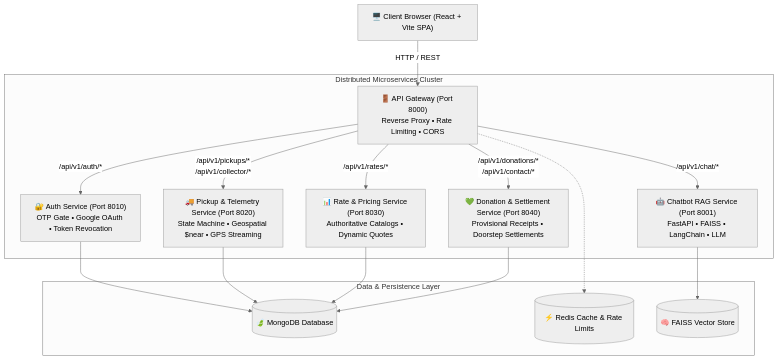
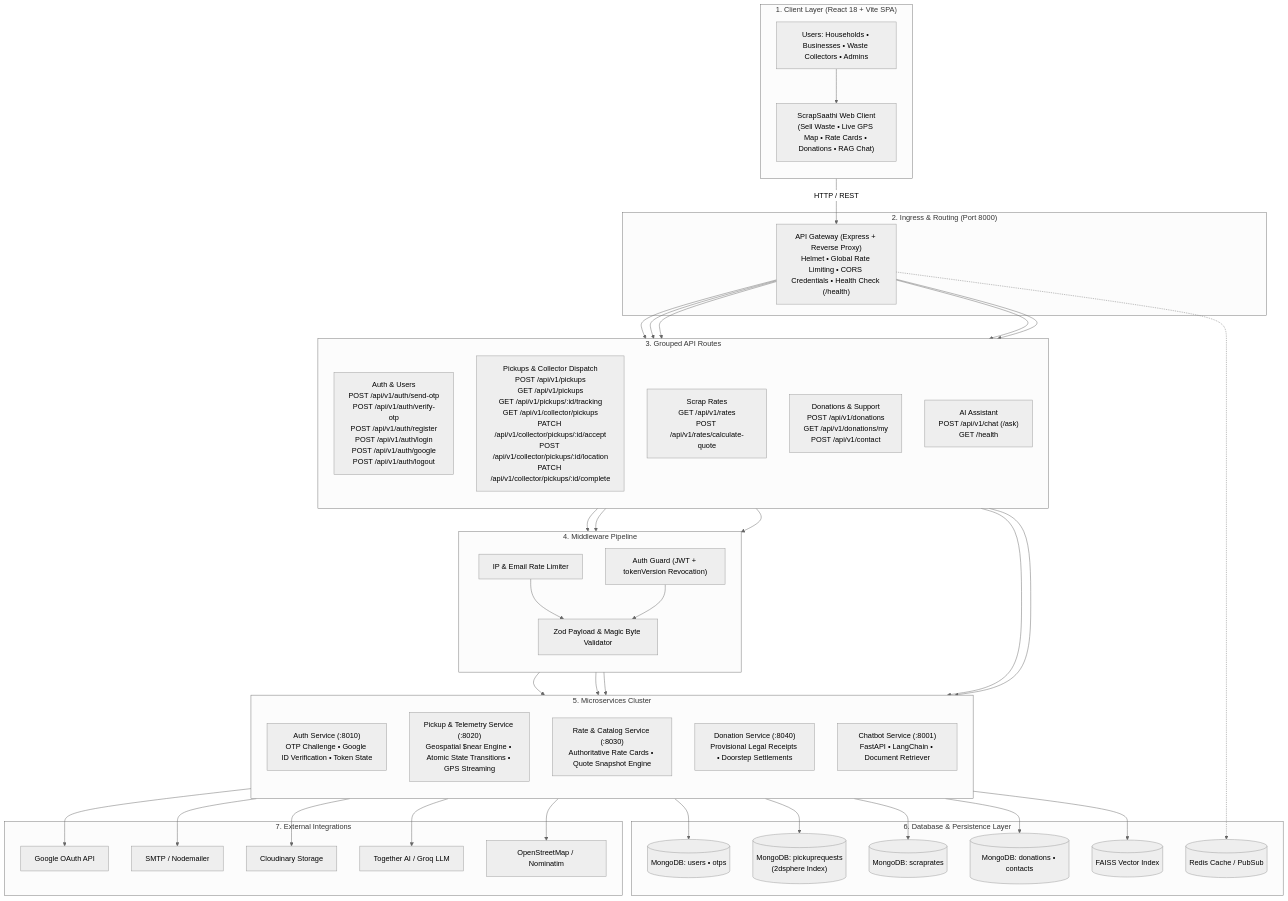
The first of 2 diagrams in README.md (Praj-0417/ScrapSathi), drawn with Mermaid (neutral theme) before and after one commit. The commit also changed other lines of this file, not shown here.

Commit message:
docs: create compact, professional README with comprehensive Mermaid HLD and ER diagrams

````diff
--- a/README.md
+++ b/README.md
@@ -18,21 +41,91 @@
 ```mermaid
-graph TD
-    UserClient["🖥️ Client Browser (React + Vite SPA)"] -->|HTTP / REST| Gateway["🚪 API Gateway (Port 8000)<br/>Reverse Proxy • Rate Limiting • CORS"]
-
-    subgraph "Distributed Microservices Cluster"
-        Gateway -->|/api/v1/auth/*| AuthService["🔐 Auth Service (Port 8010)<br/>OTP Gate • Google OAuth • Token Revocation"]
-        Gateway -->|/api/v1/pickups/*<br/>/api/v1/collector/*| PickupService["🚚 Pickup & Telemetry Service (Port 8020)<br/>State Machine • Geospatial $near • GPS Streaming"]
-        Gateway -->|/api/v1/rates/*| RateService["📊 Rate & Pricing Service (Port 8030)<br/>Authoritative Catalogs • Dynamic Quotes"]
-        Gateway -->|/api/v1/donations/*<br/>/api/v1/contact/*| DonationService["💚 Donation & Settlement Service (Port 8040)<br/>Provisional Receipts • Doorstep Settlements"]
-        Gateway -->|/api/v1/chat/*| ChatbotService["🤖 Chatbot RAG Service (Port 8001)<br/>FastAPI • FAISS • LangChain • LLM"]
+flowchart TB
+    %% Client Layer
+    subgraph CLIENT["1. Client Layer (React 18 + Vite SPA)"]
+        direction TB
+        USER_ROLE["Users: Households • Businesses • Waste Collectors • Admins"]
+        UI_MODULES["ScrapSaathi Web Client<br/>(Sell Waste • Live GPS Map • Rate Cards • Donations • RAG Chat)"]
+        USER_ROLE --> UI_MODULES
     end
 
-    subgraph "Data & Persistence Layer"
-        AuthService --> MongoDB[("🍃 MongoDB Database")]
-        PickupService --> MongoDB
-        RateService --> MongoDB
-        DonationService --> MongoDB
-        Gateway -.-> Redis[("⚡ Redis Cache & Rate Limits")]
-        ChatbotService --> FAISS[("🧠 FAISS Vector Store")]
+    %% Ingress Gateway
+    subgraph INGRESS["2. Ingress & Routing (Port 8000)"]
+        GATEWAY["API Gateway (Express + Reverse Proxy)<br/>Helmet • Global Rate Limiting • CORS Credentials • Health Check (/health)"]
     end
+
+    %% API Endpoints Grouped
+    subgraph APIS["3. Grouped API Routes"]
+        direction TB
+        API_AUTH["Auth & Users<br/>POST /api/v1/auth/send-otp<br/>POST /api/v1/auth/verify-otp<br/>POST /api/v1/auth/register<br/>POST /api/v1/auth/login<br/>POST /api/v1/auth/google<br/>POST /api/v1/auth/logout"]
+        API_PICKUP["Pickups & Collector Dispatch<br/>POST /api/v1/pickups<br/>GET /api/v1/pickups<br/>GET /api/v1/pickups/:id/tracking<br/>GET /api/v1/collector/pickups<br/>PATCH /api/v1/collector/pickups/:id/accept<br/>POST /api/v1/collector/pickups/:id/location<br/>PATCH /api/v1/collector/pickups/:id/complete"]
+        API_RATES["Scrap Rates<br/>GET /api/v1/rates<br/>POST /api/v1/rates/calculate-quote"]
+        API_DONATE["Donations & Support<br/>POST /api/v1/donations<br/>GET /api/v1/donations/my<br/>POST /api/v1/contact"]
+        API_CHAT["AI Assistant<br/>POST /api/v1/chat (/ask)<br/>GET /health"]
+    end
+
+    %% Middleware
+    subgraph MW["4. Middleware Pipeline"]
+        direction TB
+        MW_AUTH["Auth Guard (JWT + tokenVersion Revocation)"]
+        MW_RATE["IP & Email Rate Limiter"]
+        MW_VAL["Zod Payload & Magic Byte Validator"]
+    end
+
+    %% Microservices Cluster
+    subgraph SERVICES["5. Microservices Cluster"]
+        direction TB
+        S_AUTH["Auth Service (:8010)<br/>OTP Challenge • Google ID Verification • Token State"]
+        S_PICKUP["Pickup & Telemetry Service (:8020)<br/>Geospatial $near Engine • Atomic State Transitions • GPS Streaming"]
+        S_RATE["Rate & Catalog Service (:8030)<br/>Authoritative Rate Cards • Quote Snapshot Engine"]
+        S_DONATE["Donation Service (:8040)<br/>Provisional Legal Receipts • Doorstep Settlements"]
+        S_CHAT["Chatbot Service (:8001)<br/>FastAPI • LangChain • Document Retriever"]
+    end
+
+    %% Persistence
+    subgraph DATA["6. Database & Persistence Layer"]
+        DB_USERS[("MongoDB: users • otps")]
+        DB_PICKUPS[("MongoDB: pickuprequests<br/>(2dsphere Index)")]
+        DB_RATES[("MongoDB: scraprates")]
+        DB_DONATIONS[("MongoDB: donations • contacts")]
+        V_STORE[("FAISS Vector Index")]
+        REDIS[("Redis Cache / PubSub")]
+    end
+
+    %% External Services
+    subgraph EXT["7. External Integrations"]
+        EXT_GOOGLE["Google OAuth API"]
+        EXT_SMTP["SMTP / Nodemailer"]
+        EXT_CLOUD["Cloudinary Storage"]
+        EXT_LLM["Together AI / Groq LLM"]
+        EXT_OSM["OpenStreetMap / Nominatim"]
+    end
+
+    %% Flow Connections
+    UI_MODULES -->|HTTP / REST| GATEWAY
+    GATEWAY --> API_AUTH
+    GATEWAY --> API_PICKUP
+    GATEWAY --> API_RATES
+    GATEWAY --> API_DONATE
+    GATEWAY --> API_CHAT
+
+    API_AUTH --> MW_RATE --> MW_VAL --> S_AUTH
+    API_PICKUP --> MW_AUTH --> MW_VAL --> S_PICKUP
+    API_RATES --> S_RATE
+    API_DONATE --> MW_AUTH --> S_DONATE
+    API_CHAT --> S_CHAT
+
+    S_AUTH --> DB_USERS
+    S_AUTH --> EXT_GOOGLE
+    S_AUTH --> EXT_SMTP
+
+    S_PICKUP --> DB_PICKUPS
+    S_PICKUP --> EXT_CLOUD
+    S_PICKUP --> EXT_OSM
+
+    S_RATE --> DB_RATES
+    S_DONATE --> DB_DONATIONS
+
+    S_CHAT --> V_STORE
+    S_CHAT --> EXT_LLM
+    GATEWAY -.-> REDIS
 ```
````
